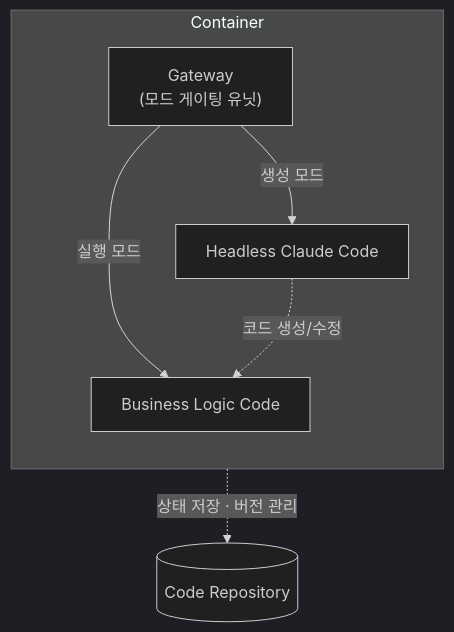
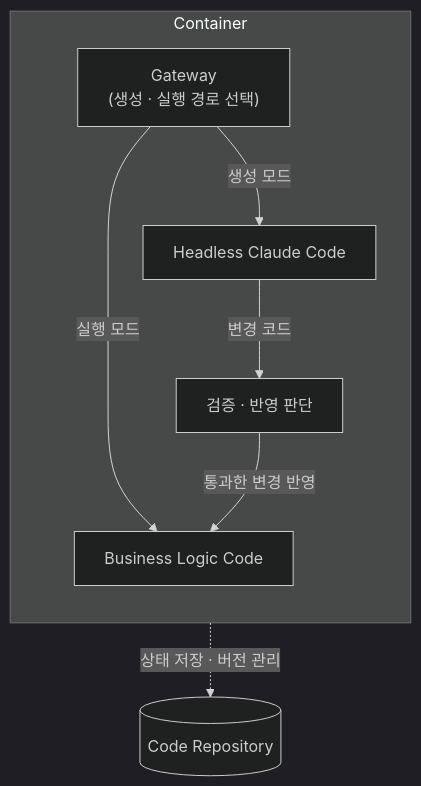
One commit to haandol/haandol.github.com changed the diagram in _posts/2026-04-17-future-agentic-app-engine.md. Above: the diagram before and after it, drawn with Mermaid (dark theme). The commit also changed other lines of this file and 15 other files, not shown here.

````diff
--- a/_posts/2026-04-17-future-agentic-app-engine.md
+++ b/_posts/2026-04-17-future-agentic-app-engine.md
@@ -63,14 +58,15 @@
 ```mermaid
 flowchart TB
     subgraph C["Container"]
         direction TB
-        G["Gateway<br/>(모드 게이팅 유닛)"]
+        G["Gateway<br/>(생성 · 실행 경로 선택)"]
         H["Headless Claude Code"]
         B["Business Logic Code"]
         G -- "생성 모드" --> H
         G -- "실행 모드" --> B
-        H -. "코드 생성/수정" .-> B
+        H -- "변경 코드" --> V["검증 · 반영 판단"]
+        V -- "통과한 변경 반영" --> B
     end
     R[("Code Repository")]
     H -. "상태 저장 · 버전 관리" .-> R
 ```
````
